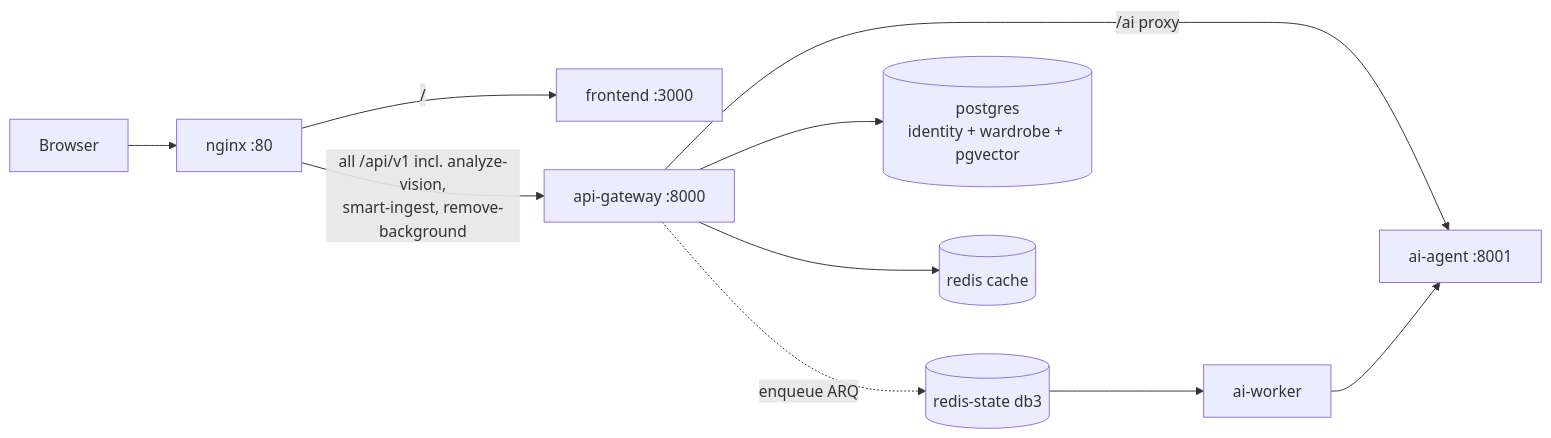
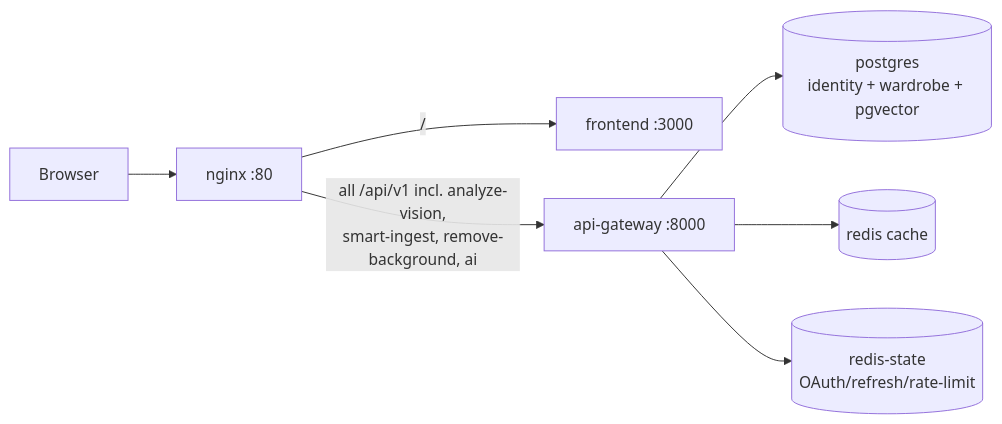
One commit to phanidhar09/clozehive changed the second of 5 diagrams in docs/SERVICES.md. Above: the diagram before and after it, drawn with Mermaid. The commit also changed other lines of this file and 6 other files, not shown here.

First line of the commit message:
docs: reflect the ai-agent/ai-worker removal

````diff
--- a/docs/SERVICES.md
+++ b/docs/SERVICES.md
@@ -48,12 +48,9 @@
 ```mermaid
 flowchart LR
     B[Browser] --> N[nginx :80]
     N -->|"/"| FE[frontend :3000]
-    N -->|"all /api/v1 incl. analyze-vision,<br/>smart-ingest, remove-background"| GW[api-gateway :8000]
-    GW -->|/ai proxy| AG[ai-agent :8001]
-    GW -. enqueue ARQ .-> RSQ[(redis-state db3)]
-    RSQ --> AW[ai-worker]
-    AW --> AG
+    N -->|"all /api/v1 incl. analyze-vision,<br/>smart-ingest, remove-background, ai"| GW[api-gateway :8000]
     GW --> PG[(postgres<br/>identity + wardrobe + pgvector)]
     GW --> R[(redis cache)]
+    GW --> RS[(redis-state<br/>OAuth/refresh/rate-limit)]
 ```
````
